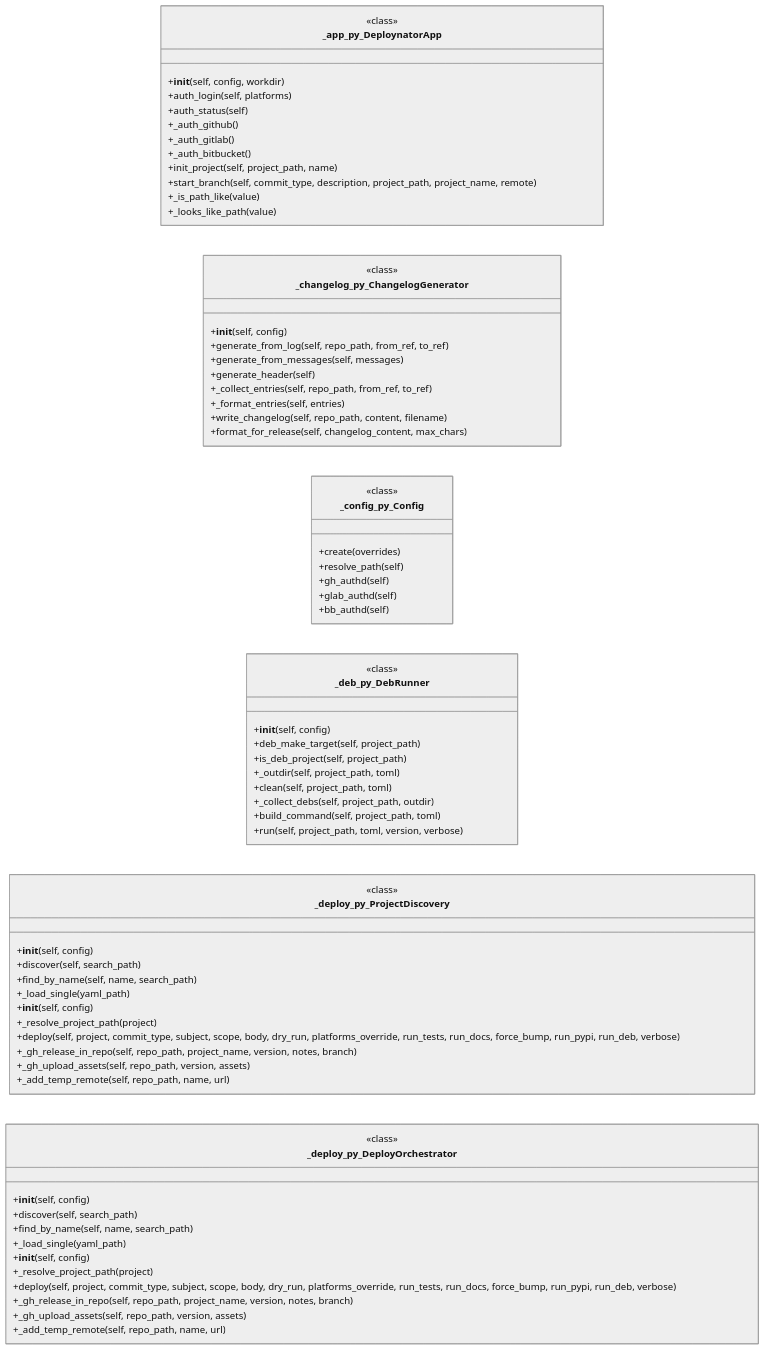
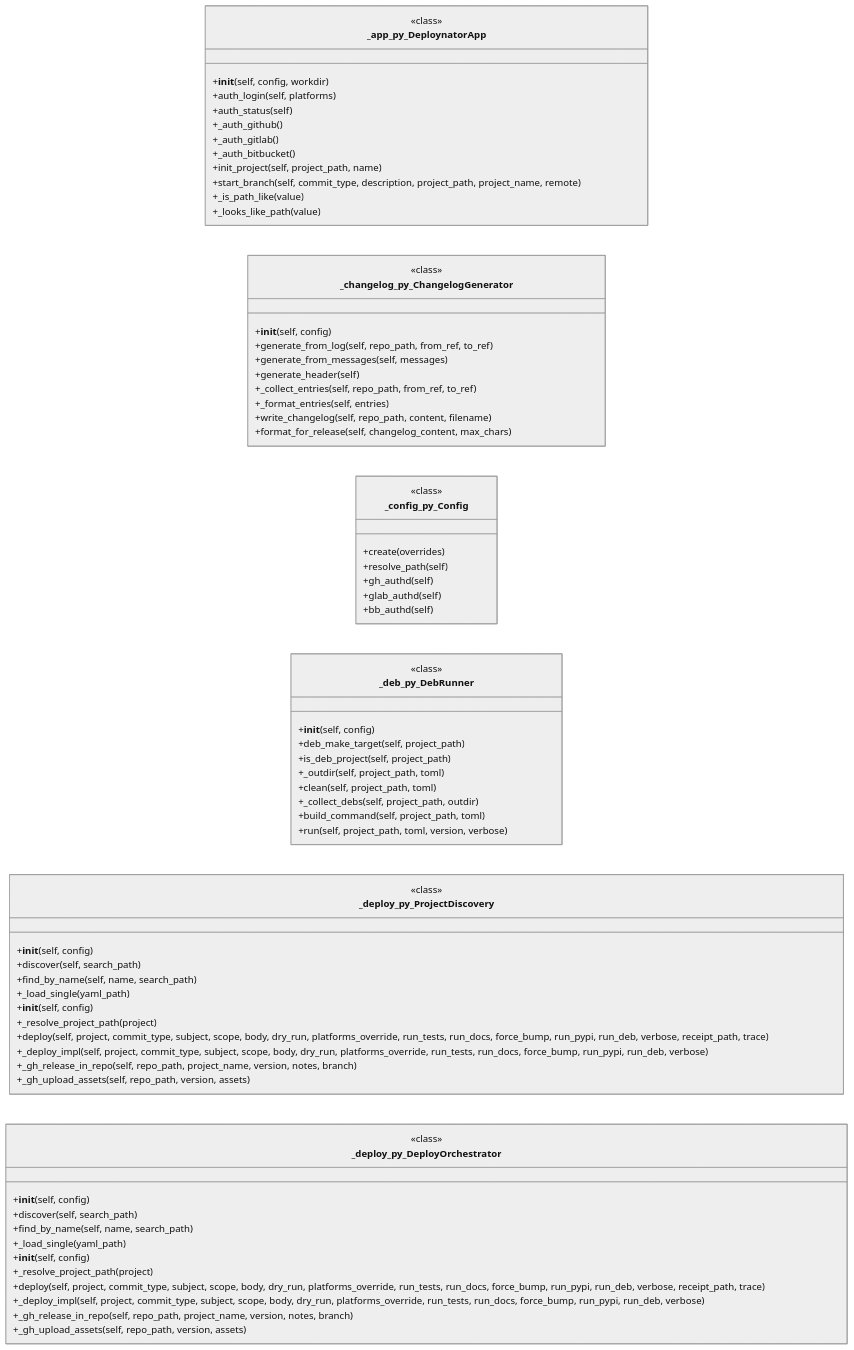
One commit to grisuno/deploynator changed diagram 11 of 19 in readmenator-maps/md/KNOWLEDGE_BASE.md. Above: the diagram before and after it, drawn with Mermaid (neutral theme). The commit also changed other lines of this file and 137 other files, not shown here.

````diff
--- a/readmenator-maps/md/KNOWLEDGE_BASE.md
+++ b/readmenator-maps/md/KNOWLEDGE_BASE.md
@@ -1361,73 +1372,73 @@
 ```mermaid
 classDiagram
   direction LR
   class _app_py_DeploynatorApp {
     <<class>>
     +__init__(self, config, workdir)
     +auth_login(self, platforms)
     +auth_status(self)
     +_auth_github()
     +_auth_gitlab()
     +_auth_bitbucket()
     +init_project(self, project_path, name)
     +start_branch(self, commit_type, description, project_path, project_name, remote)
     +_is_path_like(value)
     +_looks_like_path(value)
   }
   class _changelog_py_ChangelogGenerator {
     <<class>>
     +__init__(self, config)
     +generate_from_log(self, repo_path, from_ref, to_ref)
     +generate_from_messages(self, messages)
     +generate_header(self)
     +_collect_entries(self, repo_path, from_ref, to_ref)
     +_format_entries(self, entries)
     +write_changelog(self, repo_path, content, filename)
     +format_for_release(self, changelog_content, max_chars)
   }
   class _config_py_Config {
     <<class>>
     +create(overrides)
     +resolve_path(self)
     +gh_authd(self)
     +glab_authd(self)
     +bb_authd(self)
   }
   class _deb_py_DebRunner {
     <<class>>
     +__init__(self, config)
     +deb_make_target(self, project_path)
     +is_deb_project(self, project_path)
     +_outdir(self, project_path, toml)
     +clean(self, project_path, toml)
     +_collect_debs(self, project_path, outdir)
     +build_command(self, project_path, toml)
     +run(self, project_path, toml, version, verbose)
   }
   class _deploy_py_ProjectDiscovery {
     <<class>>
     +__init__(self, config)
     +discover(self, search_path)
     +find_by_name(self, name, search_path)
     +_load_single(yaml_path)
     +__init__(self, config)
     +_resolve_project_path(project)
-    +deploy(self, project, commit_type, subject, scope, body, dry_run, platforms_override, run_tests, run_docs, force_bump, run_pypi, run_deb, verbose)
+    +deploy(self, project, commit_type, subject, scope, body, dry_run, platforms_override, run_tests, run_docs, force_bump, run_pypi, run_deb, verbose, receipt_path, trace)
+    +_deploy_impl(self, project, commit_type, subject, scope, body, dry_run, platforms_override, run_tests, run_docs, force_bump, run_pypi, run_deb, verbose)
     +_gh_release_in_repo(self, repo_path, project_name, version, notes, branch)
     +_gh_upload_assets(self, repo_path, version, assets)
-    +_add_temp_remote(self, repo_path, name, url)
   }
   class _deploy_py_DeployOrchestrator {
     <<class>>
     +__init__(self, config)
     +discover(self, search_path)
     +find_by_name(self, name, search_path)
     +_load_single(yaml_path)
     +__init__(self, config)
     +_resolve_project_path(project)
-    +deploy(self, project, commit_type, subject, scope, body, dry_run, platforms_override, run_tests, run_docs, force_bump, run_pypi, run_deb, verbose)
+    +deploy(self, project, commit_type, subject, scope, body, dry_run, platforms_override, run_tests, run_docs, force_bump, run_pypi, run_deb, verbose, receipt_path, trace)
+    +_deploy_impl(self, project, commit_type, subject, scope, body, dry_run, platforms_override, run_tests, run_docs, force_bump, run_pypi, run_deb, verbose)
     +_gh_release_in_repo(self, repo_path, project_name, version, notes, branch)
     +_gh_upload_assets(self, repo_path, version, assets)
-    +_add_temp_remote(self, repo_path, name, url)
   }
 ```
````
